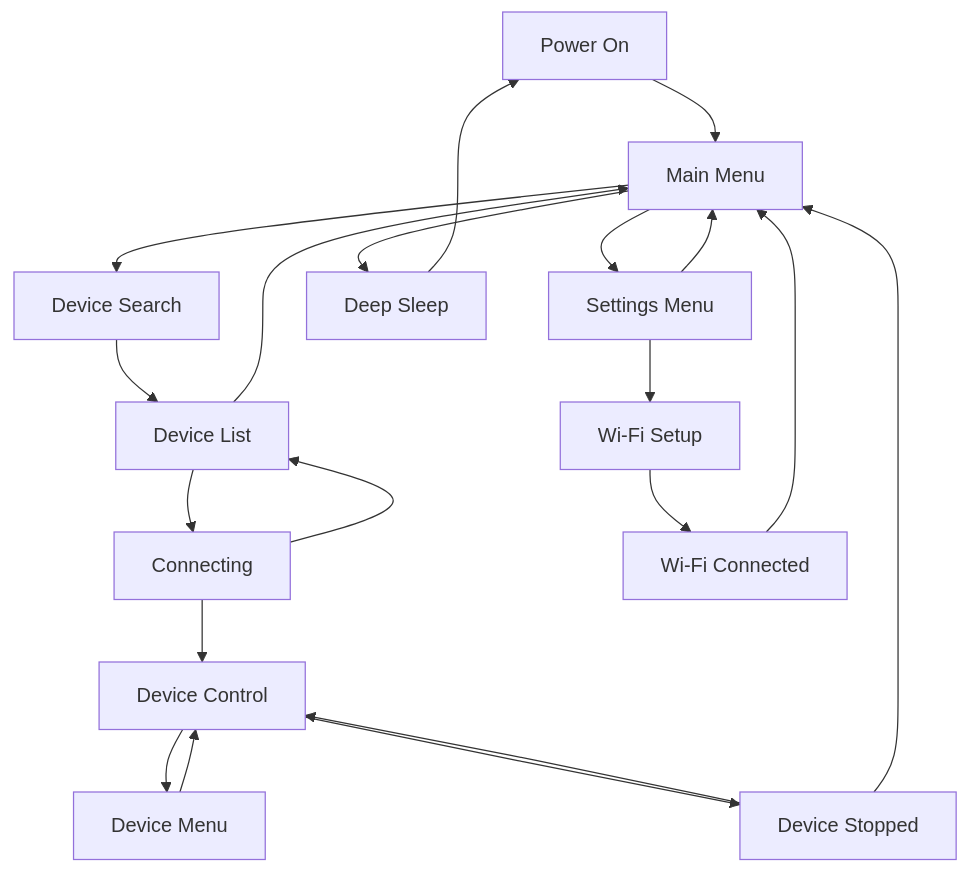
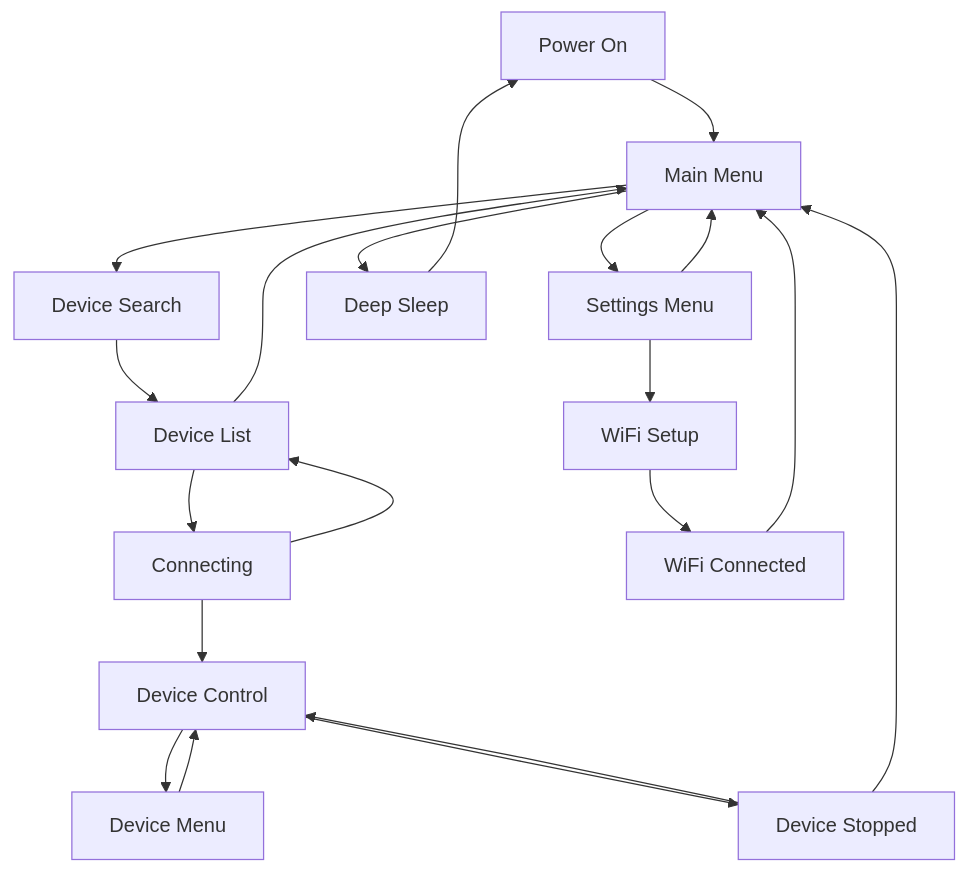
Before and after one commit to researchanddesire/simple-docs: the diagram in content/radr/guides/user-guide/navigation-and-controls.mdx, drawn with Mermaid. The commit also changed other lines of this file and 764 other files, not shown here.

````diff
--- a/content/radr/guides/user-guide/navigation-and-controls.mdx
+++ b/content/radr/guides/user-guide/navigation-and-controls.mdx
@@ -70,27 +61,27 @@
 ```mermaid
 flowchart TD
     Boot[Power On] --> MainMenu[Main Menu]
     MainMenu --> DeviceSearch[Device Search]
     MainMenu --> Settings[Settings Menu]
     MainMenu --> Sleep[Deep Sleep]
-
+    
     DeviceSearch --> DeviceList[Device List]
     DeviceList --> Connecting[Connecting]
     DeviceList --> MainMenu
-
+    
     Connecting --> Control[Device Control]
     Connecting --> DeviceList
-
+    
     Control --> DeviceMenu[Device Menu]
     Control --> DeviceStop[Device Stopped]
     DeviceMenu --> Control
     DeviceStop --> Control
     DeviceStop --> MainMenu
-
-    Settings --> Wi-FiSetup[Wi-Fi Setup]
+    
+    Settings --> WiFiSetup[WiFi Setup]
     Settings --> MainMenu
-    Wi-FiSetup --> Wi-FiConnected[Wi-Fi Connected]
-    Wi-FiConnected --> MainMenu
-
+    WiFiSetup --> WiFiConnected[WiFi Connected]
+    WiFiConnected --> MainMenu
+    
     Sleep --> Boot
 ```
````
